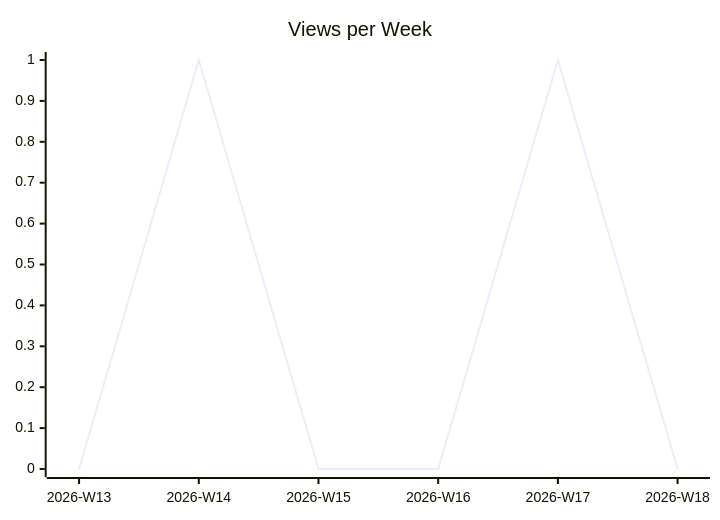
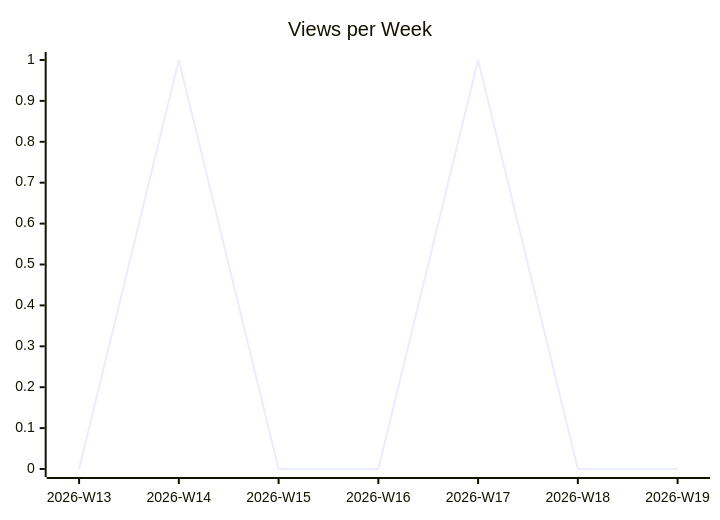
The second of 3 diagrams in karlmdavis/todoist-ai/README.md (justdavis-family/github-analytics-data), drawn with Mermaid before and after one commit. The commit also changed other lines of this file and 187 other files, not shown here.

````diff
--- a/karlmdavis/todoist-ai/README.md
+++ b/karlmdavis/todoist-ai/README.md
@@ -12,6 +12,6 @@
 ```mermaid
 xychart-beta
   title "Views per Week"
-  x-axis ["2026-W13", "2026-W14", "2026-W15", "2026-W16", "2026-W17", "2026-W18"]
-  line [0, 1, 0, 0, 1, 0]
+  x-axis ["2026-W13", "2026-W14", "2026-W15", "2026-W16", "2026-W17", "2026-W18", "2026-W19"]
+  line [0, 1, 0, 0, 1, 0, 0]
 ```
````
